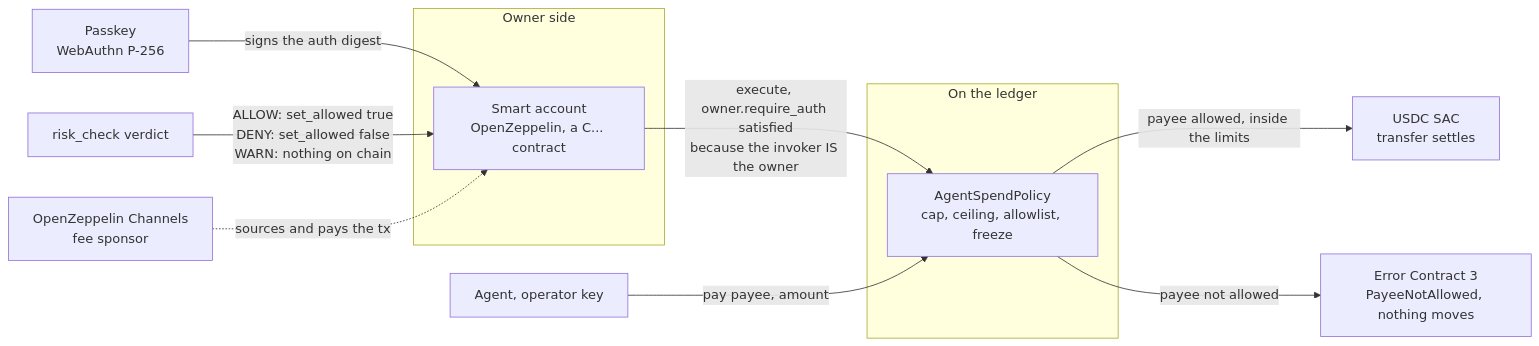
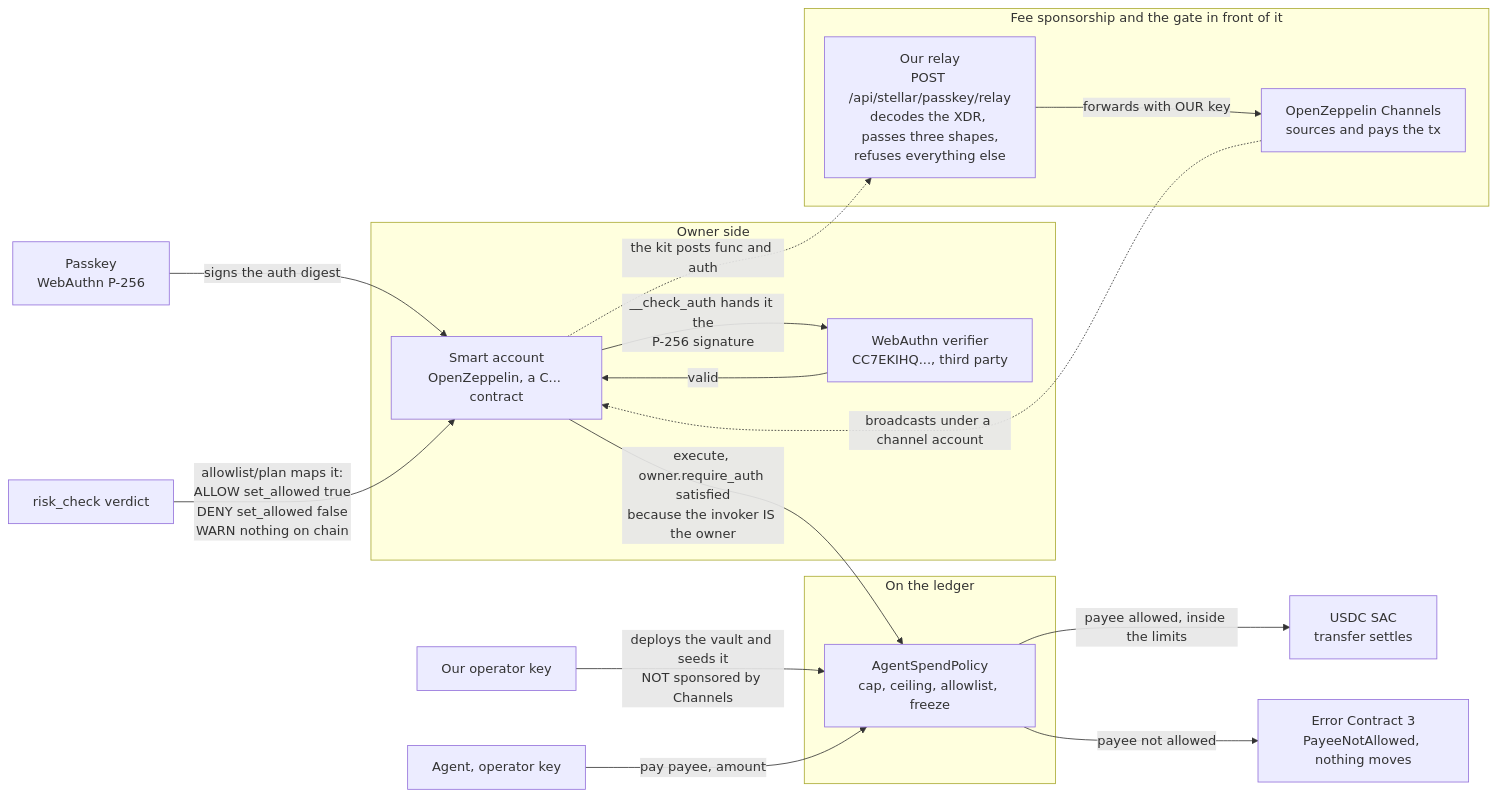
One commit to getA-Identity/A-Identity changed the fourth of 5 diagrams in ARCHITECTURE.md. Above: the diagram before and after it, drawn with Mermaid. The commit also changed other lines of this file and 5 other files, not shown here.

First line of the commit message:
fix(docs): a dead proof link, an audit finding closed four files still called open, and two diagrams that no longer matched the code

````diff
--- a/ARCHITECTURE.md
+++ b/ARCHITECTURE.md
@@ -275,16 +275,26 @@
 ```mermaid
 flowchart LR
   PK[Passkey<br/>WebAuthn P-256] -->|signs the auth digest| SA
   subgraph Owner side
     SA[Smart account<br/>OpenZeppelin, a C... contract]
+    WV[WebAuthn verifier<br/>CC7EKIHQ..., third party]
+    SA -->|__check_auth hands it the<br/>P-256 signature| WV
+    WV -->|valid| SA
   end
-  KYA[risk_check verdict] -->|ALLOW: set_allowed true<br/>DENY: set_allowed false<br/>WARN: nothing on chain| SA
+  KYA[risk_check verdict] -->|allowlist/plan maps it:<br/>ALLOW set_allowed true<br/>DENY set_allowed false<br/>WARN nothing on chain| SA
+  subgraph Fee sponsorship and the gate in front of it
+    RL[Our relay<br/>POST /api/stellar/passkey/relay<br/>decodes the XDR, passes three shapes,<br/>refuses everything else]
+    CH[OpenZeppelin Channels<br/>sources and pays the tx]
+    RL -->|forwards with OUR key| CH
+  end
+  SA -.->|the kit posts func and auth| RL
+  CH -.->|broadcasts under a channel account| SA
   SA -->|execute, owner.require_auth satisfied<br/>because the invoker IS the owner| V
-  CH[OpenZeppelin Channels<br/>fee sponsor] -.->|sources and pays the tx| SA
   subgraph On the ledger
     V[AgentSpendPolicy<br/>cap, ceiling, allowlist, freeze]
   end
+  OPK[Our operator key] -->|deploys the vault and seeds it<br/>NOT sponsored by Channels| V
   OP[Agent, operator key] -->|pay payee, amount| V
   V -->|payee allowed, inside the limits| T[USDC SAC<br/>transfer settles]
   V -->|payee not allowed| E[Error Contract 3<br/>PayeeNotAllowed, nothing moves]
 ```
````
